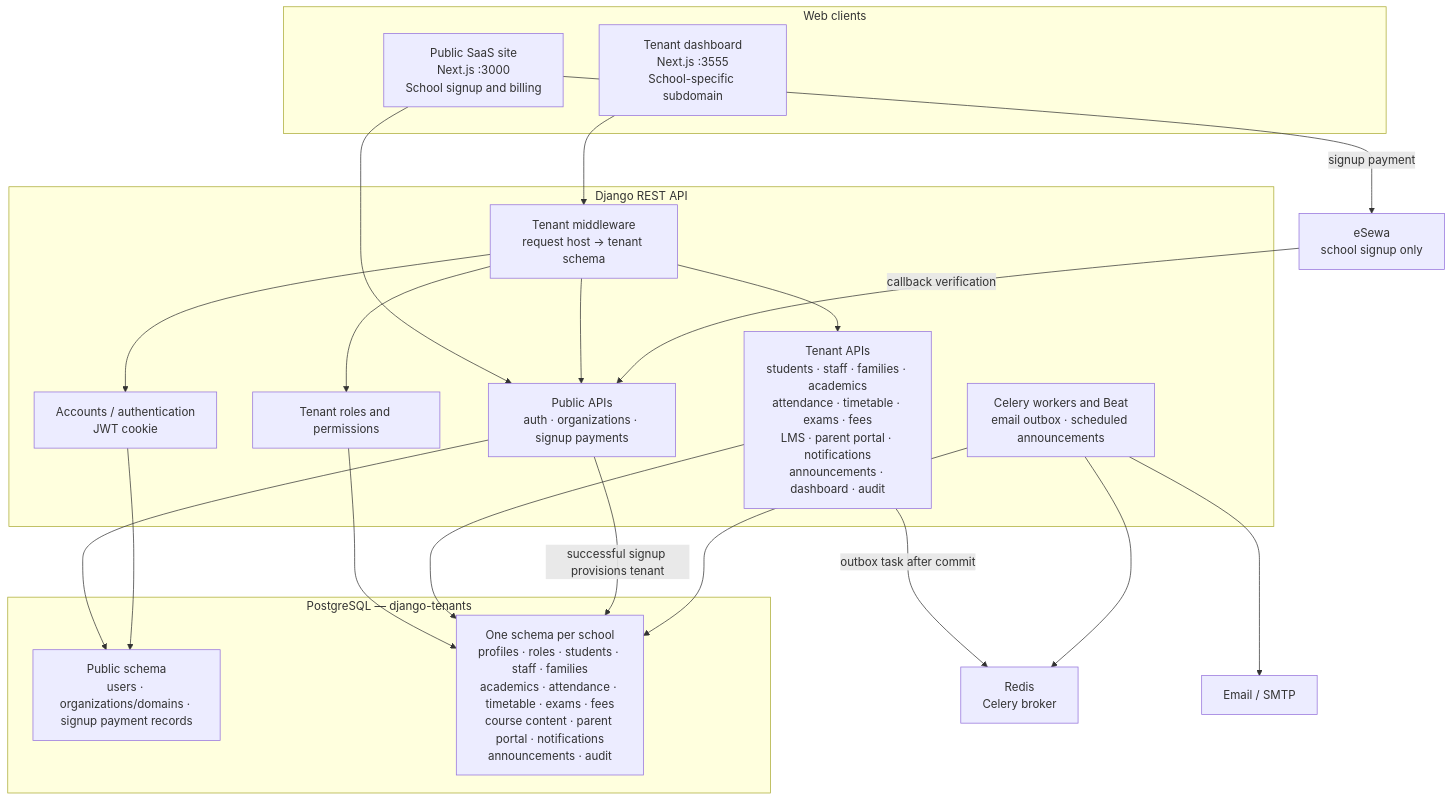
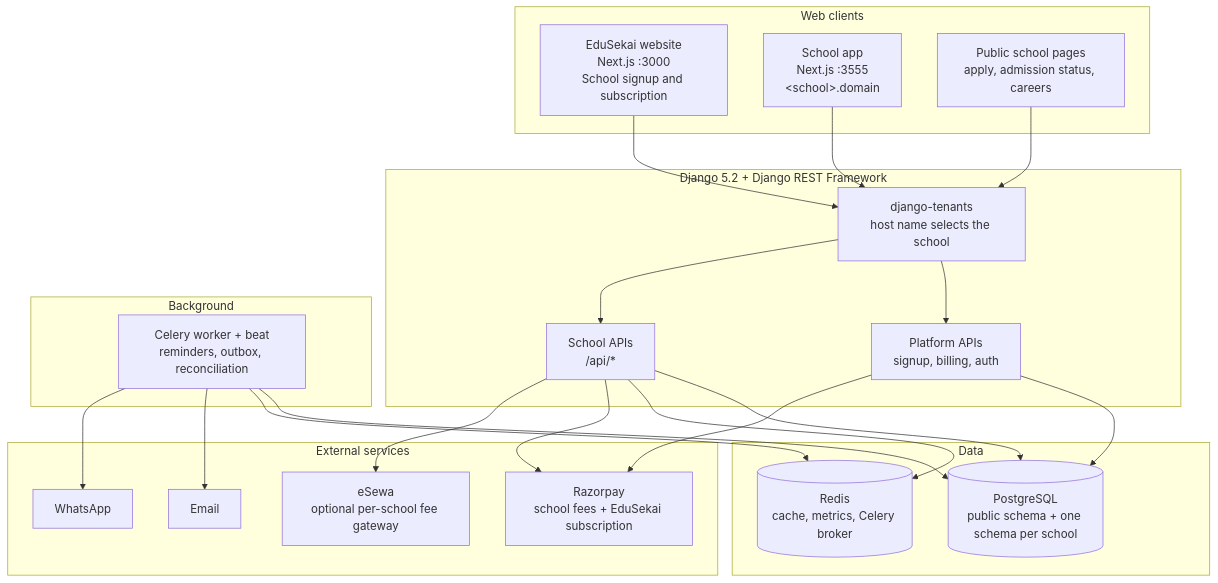
Before and after one commit to niddanamohansps-hue/Mocha-Edu: the first of 10 diagrams in SYSTEM_ARCHITECTURE_AND_MODULE_WORKFLOWS.md, drawn with Mermaid. The commit also changed other lines of this file and 1 other file, not shown here.

First line of the commit message:
docs(architecture): bring the architecture document up to date with the code

````diff
--- a/SYSTEM_ARCHITECTURE_AND_MODULE_WORKFLOWS.md
+++ b/SYSTEM_ARCHITECTURE_AND_MODULE_WORKFLOWS.md
@@ -7,40 +7,41 @@
 ```mermaid
 flowchart TB
     subgraph Clients["Web clients"]
-        Public["Public SaaS site<br/>Next.js :3000<br/>School signup and billing"]
-        TenantUI["Tenant dashboard<br/>Next.js :3555<br/>School-specific subdomain"]
+        Public["EduSekai website<br/>Next.js :3000<br/>School signup and subscription"]
+        TenantUI["School app<br/>Next.js :3555<br/>&lt;school&gt;.domain"]
+        Apply["Public school pages<br/>apply, admission status, careers"]
     end
-    subgraph Backend["Django REST API"]
-        TenantRouting["Tenant middleware<br/>request host → tenant schema"]
-        Auth["Accounts / authentication<br/>JWT cookie"]
-        RBAC["Tenant roles and permissions"]
-        PublicAPI["Public APIs<br/>auth · organizations · signup payments"]
-        TenantAPI["Tenant APIs<br/>students · staff · families · academics<br/>attendance · timetable · exams · fees<br/>LMS · parent portal · notifications<br/>announcements · dashboard · audit"]
-        Celery["Celery workers and Beat<br/>email outbox · scheduled announcements"]
+    subgraph Backend["Django 5.2 + Django REST Framework"]
+        Router["django-tenants<br/>host name selects the school"]
+        PublicAPI["Platform APIs<br/>signup, billing, auth"]
+        SchoolAPI["School APIs<br/>/api/*"]
     end
-    subgraph Database["PostgreSQL — django-tenants"]
-        PublicSchema["Public schema<br/>users · organizations/domains · signup payment records"]
-        TenantSchemas["One schema per school<br/>profiles · roles · students · staff · families<br/>academics · attendance · timetable · exams · fees<br/>course content · parent portal · notifications<br/>announcements · audit"]
+    subgraph Data["Data"]
+        PG[("PostgreSQL<br/>public schema + one schema per school")]
+        Redis[("Redis<br/>cache, metrics, Celery broker")]
     end
-    Redis["Redis<br/>Celery broker"]
-    SMTP["Email / SMTP"]
-    Esewa["eSewa<br/>school signup only"]
-
-    Public --> PublicAPI
-    TenantUI --> TenantRouting
-    TenantRouting --> Auth
-    TenantRouting --> RBAC
-    TenantRouting --> TenantAPI
-    TenantRouting --> PublicAPI
-    PublicAPI --> PublicSchema
-    Auth --> PublicSchema
-    RBAC --> TenantSchemas
-    TenantAPI --> TenantSchemas
-    PublicAPI -->|"successful signup provisions tenant"| TenantSchemas
-    Public -->|"signup payment"| Esewa
-    Esewa -->|"callback verification"| PublicAPI
-    TenantAPI -->|"outbox task after commit"| Redis
+    subgraph Workers["Background"]
+        Celery["Celery worker + beat<br/>reminders, outbox, reconciliation"]
+    end
+    subgraph External["External services"]
+        Razorpay["Razorpay<br/>school fees + EduSekai subscription"]
+        ESewa["eSewa<br/>optional per-school fee gateway"]
+        Email["Email"]
+        WhatsApp["WhatsApp"]
+    end
+    Public --> Router
+    TenantUI --> Router
+    Apply --> Router
+    Router --> PublicAPI
+    Router --> SchoolAPI
+    PublicAPI --> PG
+    SchoolAPI --> PG
+    SchoolAPI --> Redis
+    Celery --> PG
     Celery --> Redis
-    Celery --> TenantSchemas
-    Celery --> SMTP
+    SchoolAPI --> Razorpay
+    SchoolAPI --> ESewa
+    PublicAPI --> Razorpay
+    Celery --> Email
+    Celery --> WhatsApp
 ```
````
